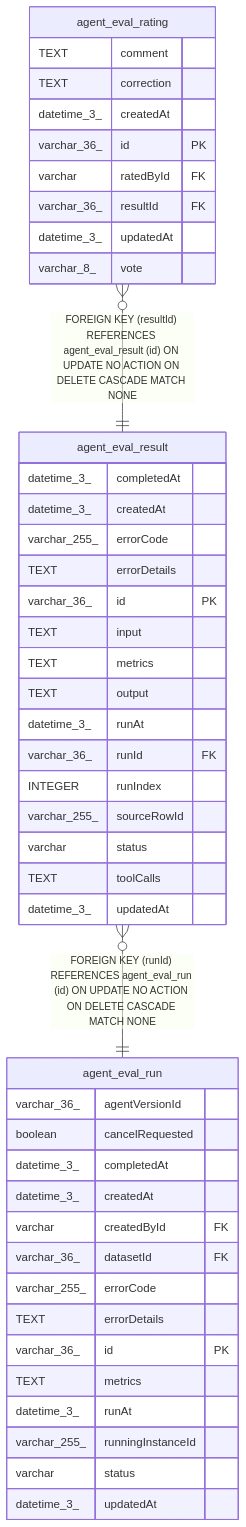
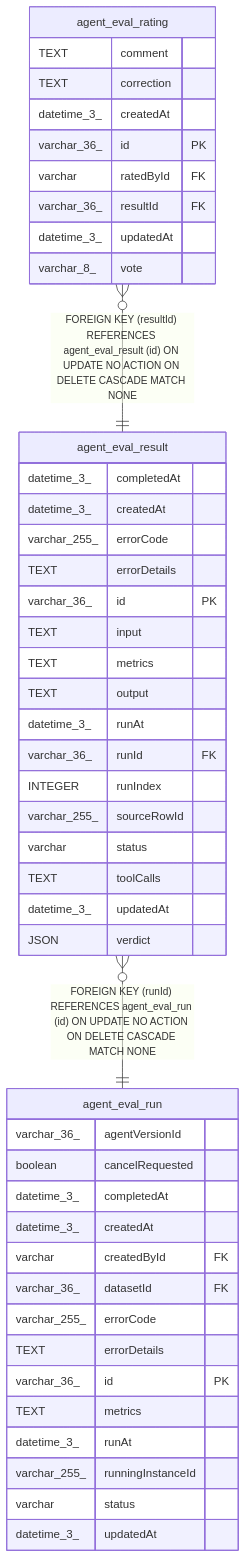
The diagram in docs/generated/sqlite-schema/agent_eval_result.md (sreent/n8n), drawn with Mermaid before and after one commit. The commit also changed other lines of this file and 7993 other files, not shown here.

````diff
--- a/docs/generated/sqlite-schema/agent_eval_result.md
+++ b/docs/generated/sqlite-schema/agent_eval_result.md
@@ -52,50 +53,51 @@
 ```mermaid
 erDiagram
 
 "agent_eval_rating" }o--|| "agent_eval_result" : "FOREIGN KEY (resultId) REFERENCES agent_eval_result (id) ON UPDATE NO ACTION ON DELETE CASCADE MATCH NONE"
 "agent_eval_result" }o--|| "agent_eval_run" : "FOREIGN KEY (runId) REFERENCES agent_eval_run (id) ON UPDATE NO ACTION ON DELETE CASCADE MATCH NONE"
 
 "agent_eval_result" {
   datetime_3_ completedAt
   datetime_3_ createdAt
   varchar_255_ errorCode
   TEXT errorDetails
   varchar_36_ id PK
   TEXT input
   TEXT metrics
   TEXT output
   datetime_3_ runAt
   varchar_36_ runId FK
   INTEGER runIndex
   varchar_255_ sourceRowId
   varchar status
   TEXT toolCalls
   datetime_3_ updatedAt
+  JSON verdict
 }
 "agent_eval_rating" {
   TEXT comment
   TEXT correction
   datetime_3_ createdAt
   varchar_36_ id PK
   varchar ratedById FK
   varchar_36_ resultId FK
   datetime_3_ updatedAt
   varchar_8_ vote
 }
 "agent_eval_run" {
   varchar_36_ agentVersionId
   boolean cancelRequested
   datetime_3_ completedAt
   datetime_3_ createdAt
   varchar createdById FK
   varchar_36_ datasetId FK
   varchar_255_ errorCode
   TEXT errorDetails
   varchar_36_ id PK
   TEXT metrics
   datetime_3_ runAt
   varchar_255_ runningInstanceId
   varchar status
   datetime_3_ updatedAt
 }
 ```
````
